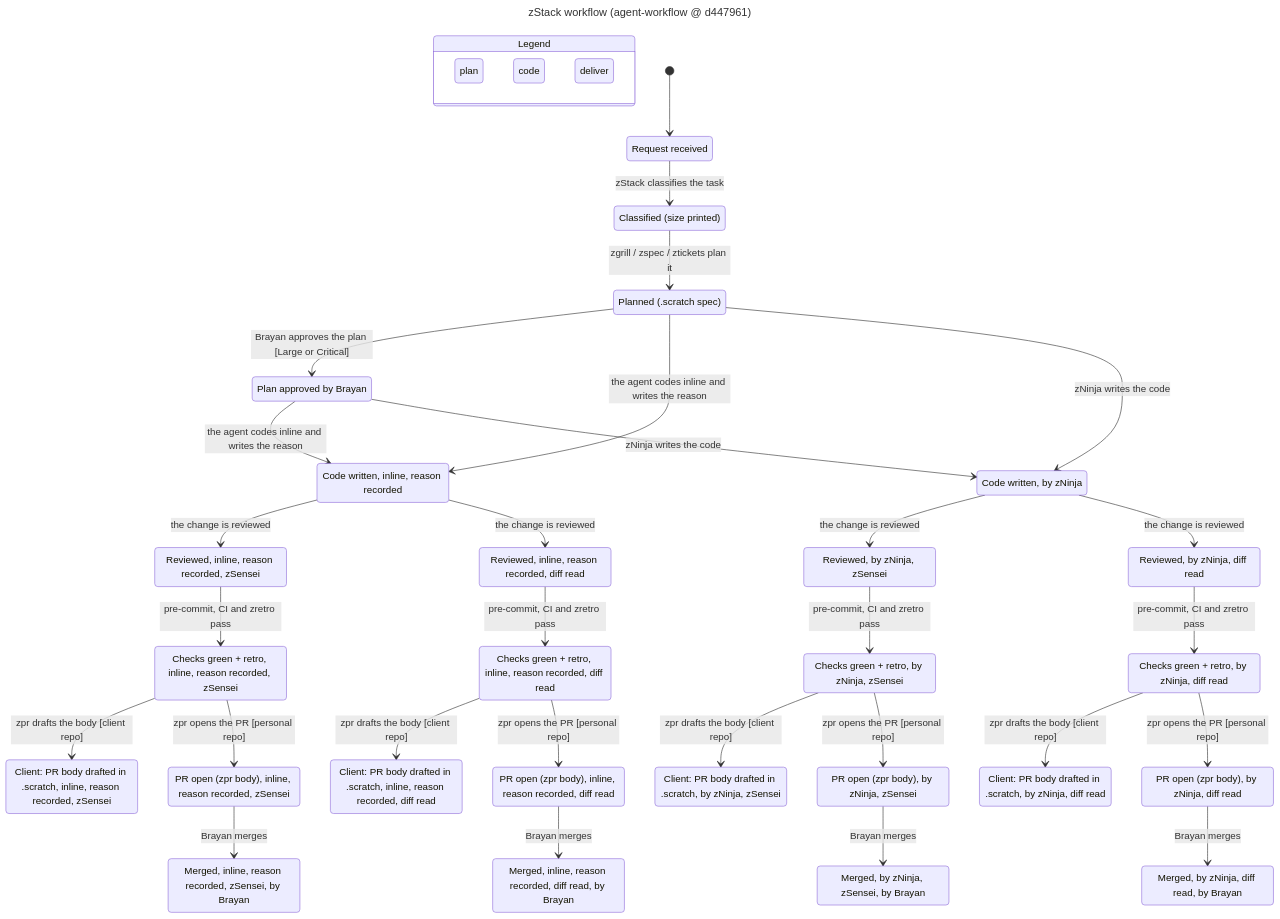
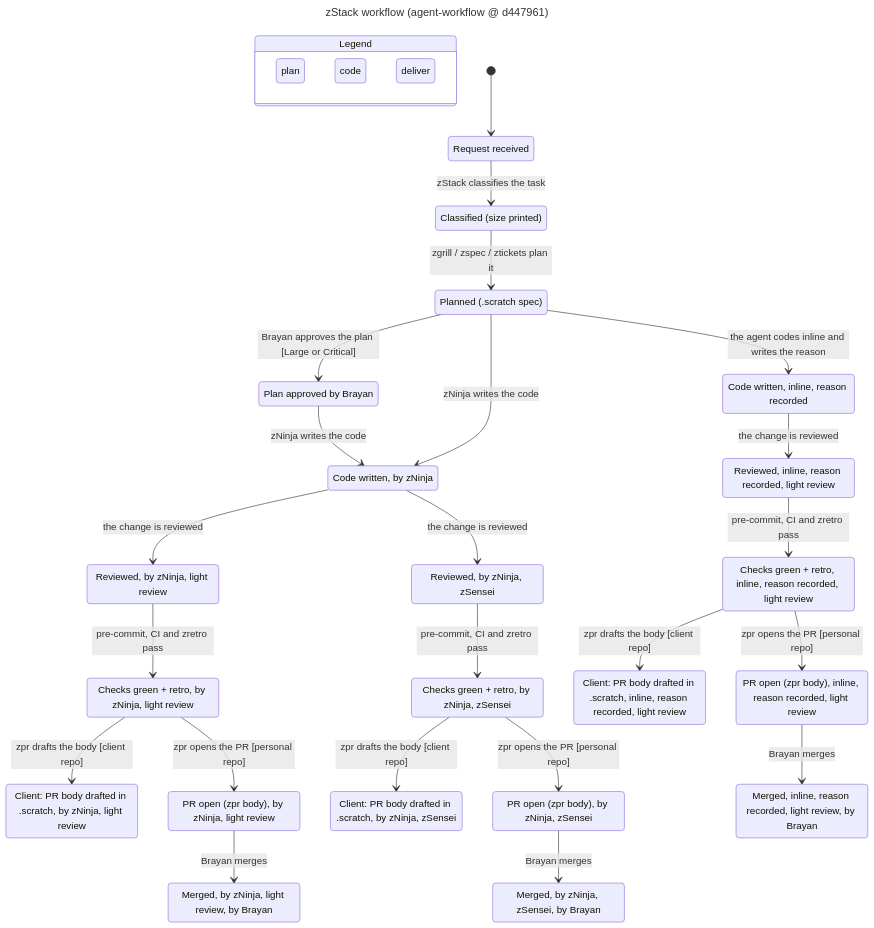
One commit to Byevenes/agent-workflow changed the diagram in docs/statechart/chart.mmd. Above: the diagram before and after it, drawn with Mermaid. The commit also changed 5 other files, not shown here.

```diff
--- a/docs/statechart/chart.mmd
+++ b/docs/statechart/chart.mmd
@@ -1,92 +1,76 @@
 ---
 title: "zStack workflow (agent-workflow @ d447961)"
 ---
 stateDiagram-v2
   state "Legend" as legend {
     lg0: plan
     lg1: code
     lg2: deliver
   }
   class lg0 blue
   class lg1 orange
   class lg2 teal
   s0: Request received
   s1: Classified (size printed)
   s2: Planned (.scratch spec)
   s3: Plan approved by Brayan
   s4: Code written, inline, reason recorded
   s5: Code written, by zNinja
-  s6: Reviewed, inline, reason recorded, diff read
-  s7: Reviewed, inline, reason recorded, zSensei
-  s8: Reviewed, by zNinja, diff read
-  s9: Reviewed, by zNinja, zSensei
-  s10: Checks green + retro, inline, reason recorded, diff read
-  s11: Checks green + retro, inline, reason recorded, zSensei
-  s12: Checks green + retro, by zNinja, diff read
-  s13: Checks green + retro, by zNinja, zSensei
-  s14: Client: PR body drafted in .scratch, inline, reason recorded, diff read
-  s15: Client: PR body drafted in .scratch, inline, reason recorded, zSensei
-  s16: Client: PR body drafted in .scratch, by zNinja, diff read
-  s17: Client: PR body drafted in .scratch, by zNinja, zSensei
-  s18: PR open (zpr body), inline, reason recorded, diff read
-  s19: PR open (zpr body), inline, reason recorded, zSensei
-  s20: PR open (zpr body), by zNinja, diff read
-  s21: PR open (zpr body), by zNinja, zSensei
-  s22: Merged, inline, reason recorded, diff read, by Brayan
-  s23: Merged, inline, reason recorded, zSensei, by Brayan
-  s24: Merged, by zNinja, diff read, by Brayan
-  s25: Merged, by zNinja, zSensei, by Brayan
+  s6: Reviewed, inline, reason recorded, light review
+  s7: Reviewed, by zNinja, light review
+  s8: Checks green + retro, inline, reason recorded, light review
+  s9: Checks green + retro, by zNinja, light review
+  s10: Reviewed, by zNinja, zSensei
+  s11: Client: PR body drafted in .scratch, inline, reason recorded, light review
+  s12: Client: PR body drafted in .scratch, by zNinja, light review
+  s13: PR open (zpr body), inline, reason recorded, light review
+  s14: PR open (zpr body), by zNinja, light review
+  s15: Checks green + retro, by zNinja, zSensei
+  s16: Client: PR body drafted in .scratch, by zNinja, zSensei
+  s17: Merged, inline, reason recorded, light review, by Brayan
+  s18: Merged, by zNinja, light review, by Brayan
+  s19: PR open (zpr body), by zNinja, zSensei
+  s20: Merged, by zNinja, zSensei, by Brayan
   [*] --> s0
   s0 --> s1: zStack classifies the task
   s1 --> s2: zgrill / zspec / ztickets plan it
   s2 --> s3: Brayan approves the plan [Large or Critical]
+  s2 --> s5: zNinja writes the code
   s2 --> s4: the agent codes inline and writes the reason
-  s2 --> s5: zNinja writes the code
-  s3 --> s4: the agent codes inline and writes the reason
   s3 --> s5: zNinja writes the code
-  s4 --> s7: the change is reviewed
   s4 --> s6: the change is reviewed
-  s5 --> s9: the change is reviewed
-  s5 --> s8: the change is reviewed
-  s6 --> s10: pre-commit, CI and zretro pass
-  s7 --> s11: pre-commit, CI and zretro pass
-  s8 --> s12: pre-commit, CI and zretro pass
-  s9 --> s13: pre-commit, CI and zretro pass
-  s10 --> s14: zpr drafts the body [client repo]
-  s11 --> s15: zpr drafts the body [client repo]
-  s12 --> s16: zpr drafts the body [client repo]
-  s13 --> s17: zpr drafts the body [client repo]
-  s10 --> s18: zpr opens the PR [personal repo]
-  s11 --> s19: zpr opens the PR [personal repo]
-  s12 --> s20: zpr opens the PR [personal repo]
-  s13 --> s21: zpr opens the PR [personal repo]
-  s18 --> s22: Brayan merges
-  s19 --> s23: Brayan merges
-  s20 --> s24: Brayan merges
-  s21 --> s25: Brayan merges
+  s5 --> s7: the change is reviewed
+  s5 --> s10: the change is reviewed
+  s6 --> s8: pre-commit, CI and zretro pass
+  s7 --> s9: pre-commit, CI and zretro pass
+  s8 --> s11: zpr drafts the body [client repo]
+  s9 --> s12: zpr drafts the body [client repo]
+  s8 --> s13: zpr opens the PR [personal repo]
+  s9 --> s14: zpr opens the PR [personal repo]
+  s10 --> s15: pre-commit, CI and zretro pass
+  s13 --> s17: Brayan merges
+  s14 --> s18: Brayan merges
+  s15 --> s16: zpr drafts the body [client repo]
+  s15 --> s19: zpr opens the PR [personal repo]
+  s19 --> s20: Brayan merges
   class s0 blue
   class s1 blue
   class s2 blue
   class s3 blue
   class s4 orange
   class s5 orange
   class s6 orange
   class s7 orange
-  class s8 orange
-  class s9 orange
-  class s10 teal
+  class s8 teal
+  class s9 teal
+  class s10 orange
   class s11 teal
   class s12 teal
   class s13 teal
   class s14 teal
   class s15 teal
   class s16 teal
   class s17 teal
   class s18 teal
   class s19 teal
   class s20 teal
-  class s21 teal
-  class s22 teal
-  class s23 teal
-  class s24 teal
-  class s25 teal
```
